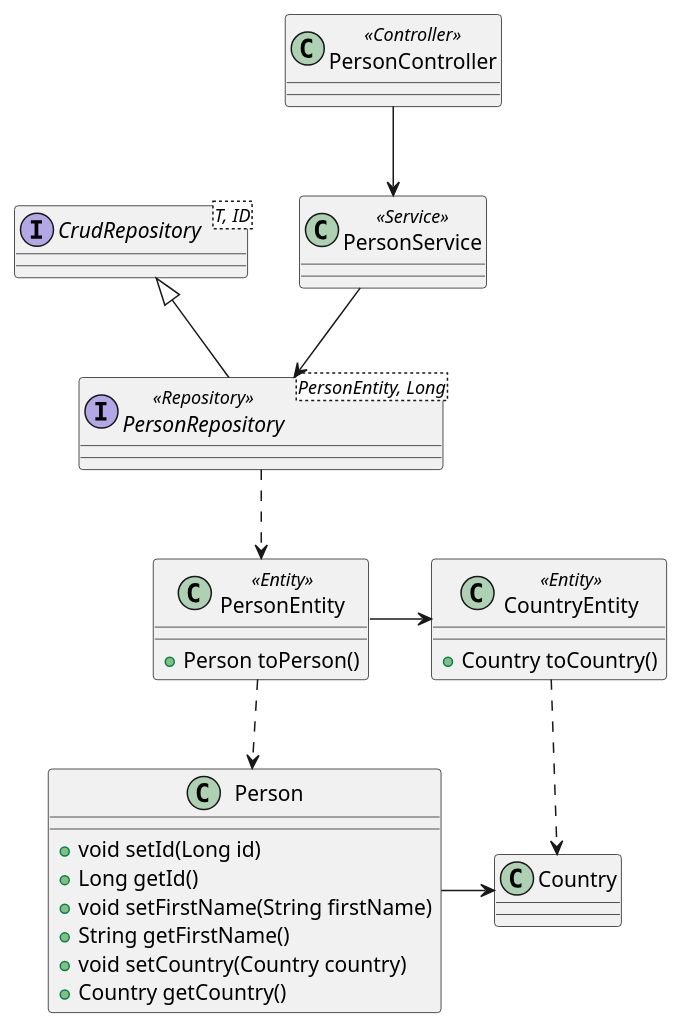
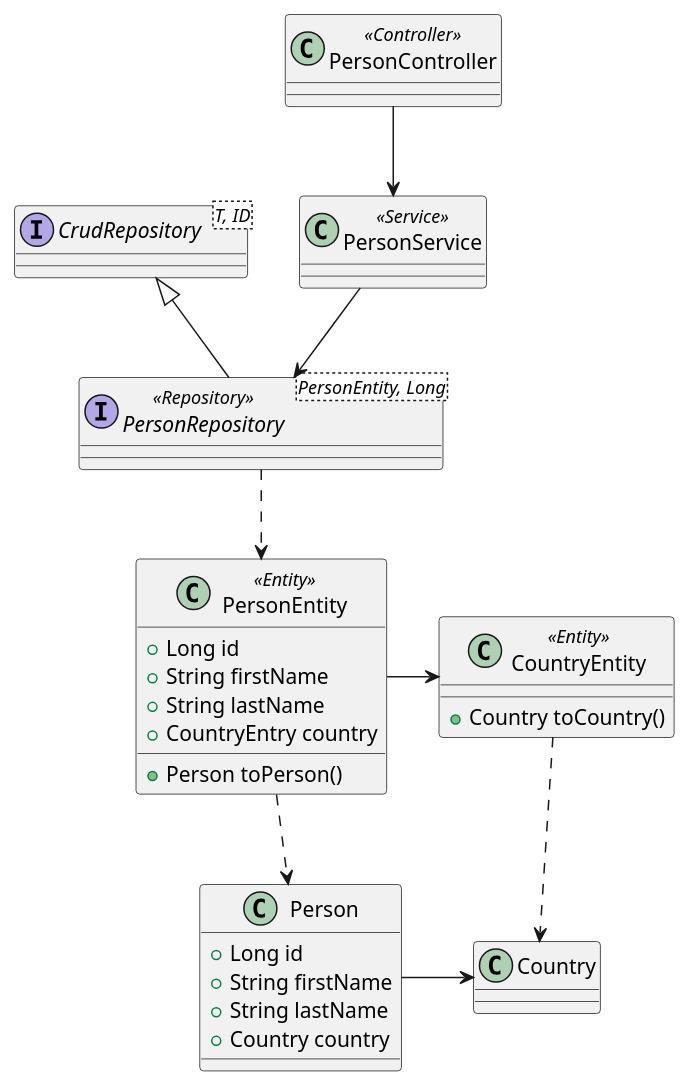
The fourth of 5 diagrams in src/main/asciidoc/index.adoc (laminba2003/spring-rest-services), drawn with PlantUML before and after one commit. The commit also changed other lines of this file and 2 other files, not shown here.

Commit message:
improvements

```diff
--- a/src/main/asciidoc/index.adoc
+++ b/src/main/asciidoc/index.adoc
@@ -145,46 +152,48 @@
 [plantuml, GetPersons-class-diagram, png]
 ----
 class Person {
-  + void setId(Long id)
-  + Long getId()
-  + void setFirstName(String firstName)
-  + String getFirstName()
-  + void setCountry(Country country)
-  + Country getCountry()
+  + Long id
+  + String firstName
+  + String lastName
+  + Country country
 }
 
 class Country {
 }
 
 class PersonEntity <<Entity>> {
+  + Long id
+  + String firstName
+  + String lastName
+  + CountryEntry country
   + Person toPerson()
 }
 
 class CountryEntity <<Entity>> {
   + Country toCountry()
 }
 
 
 interface PersonRepository<PersonEntity, Long> <<Repository>> {
 }
 
 interface CrudRepository<T, ID> {
 }
 
 class PersonService <<Service>> {
 }
 
 class PersonController <<Controller>> {
 }
 
 
 PersonEntity ..> Person
 PersonEntity -> CountryEntity
 CountryEntity ..> Country
 Person -> Country
 PersonRepository ..> PersonEntity
 CrudRepository <|-- PersonRepository
 PersonService --> PersonRepository
 PersonController --> PersonService
 
 ----
```
